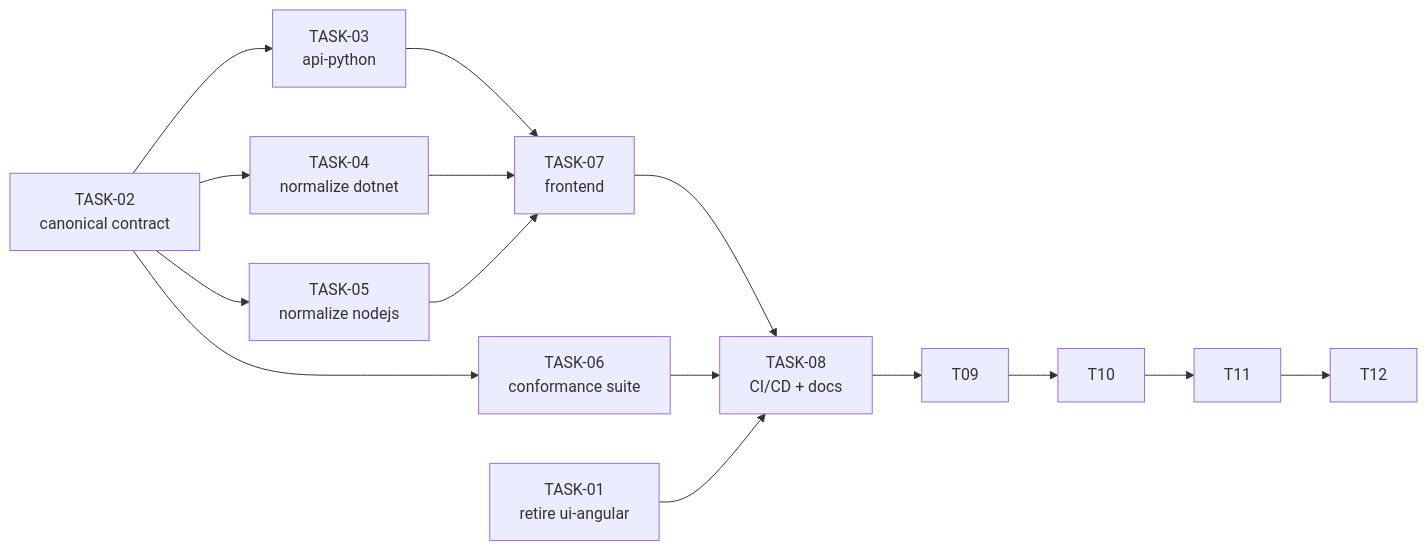
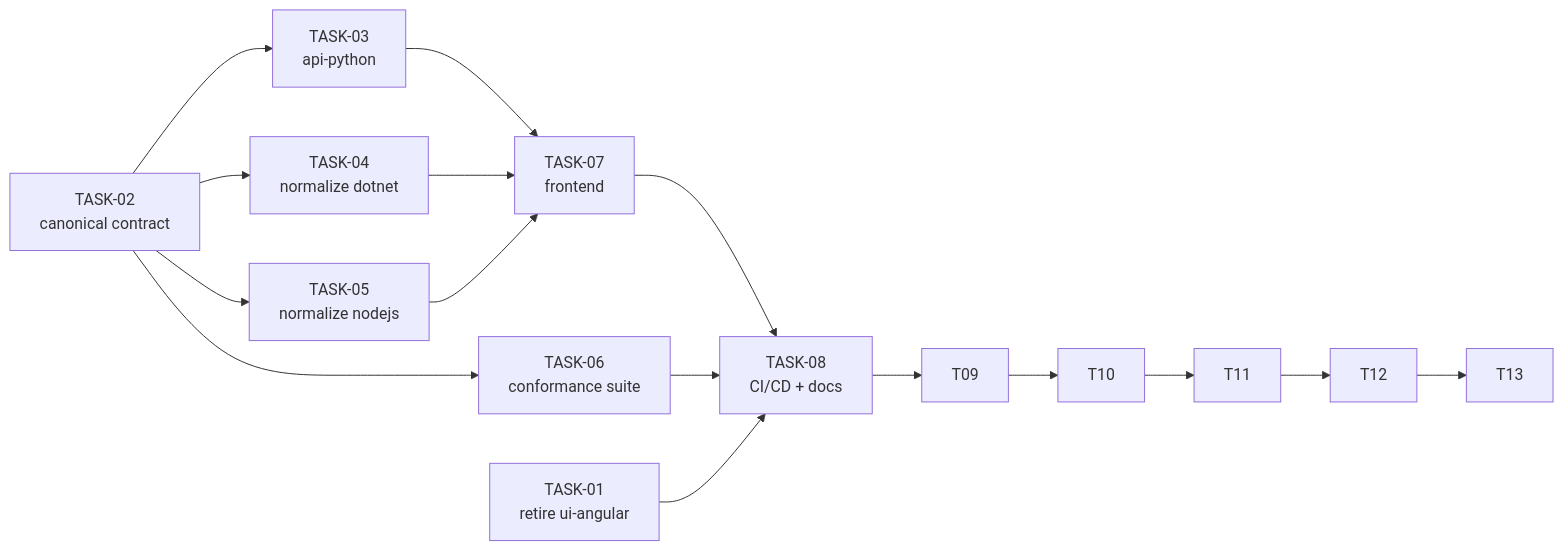
One commit to RegExTester/regex-tester changed the diagram in docs/tasks/README.md. Above: the diagram before and after it, drawn with Mermaid. The commit also changed other lines of this file and 18 other files, not shown here.

````diff
--- a/docs/tasks/README.md
+++ b/docs/tasks/README.md
@@ -22,21 +23,21 @@
 ```mermaid
 graph LR
   T01[TASK-01<br/>retire ui-angular]
   T02[TASK-02<br/>canonical contract]
   T03[TASK-03<br/>api-python]
   T04[TASK-04<br/>normalize dotnet]
   T05[TASK-05<br/>normalize nodejs]
   T06[TASK-06<br/>conformance suite]
   T07[TASK-07<br/>frontend]
   T08[TASK-08<br/>CI/CD + docs]
 
   T02 --> T03 --> T07
   T02 --> T04 --> T07
   T02 --> T05 --> T07
   T02 --> T06
   T07 --> T08
   T06 --> T08
   T01 --> T08
   T08 --> T09 --> T10
-  T10 --> T11 --> T12
+  T10 --> T11 --> T12 --> T13
 ```
````
